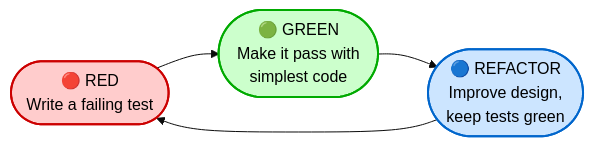
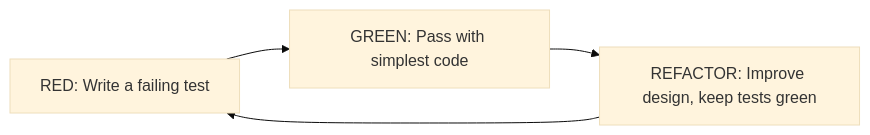
One commit to Yasinbenek/Tesst-Driven-Development changed the first of 2 diagrams in README.md. Above: the diagram before and after it, drawn with Mermaid (base theme). The commit also changed other lines of this file, not shown here.

````diff
--- a/README.md
+++ b/README.md
@@ -124,9 +139,6 @@
 ```mermaid
 flowchart LR
-    A([🔴 RED<br/>Write a failing test]) --> B([🟢 GREEN<br/>Make it pass with<br/>simplest code])
-    B --> C([🔵 REFACTOR<br/>Improve design,<br/>keep tests green])
+    A["RED: Write a failing test"] --> B["GREEN: Pass with simplest code"]
+    B --> C["REFACTOR: Improve design, keep tests green"]
     C --> A
-    style A fill:#ffcccc,stroke:#cc0000,stroke-width:2px,color:#000
-    style B fill:#ccffcc,stroke:#00aa00,stroke-width:2px,color:#000
-    style C fill:#cce5ff,stroke:#0066cc,stroke-width:2px,color:#000
 ```
````
